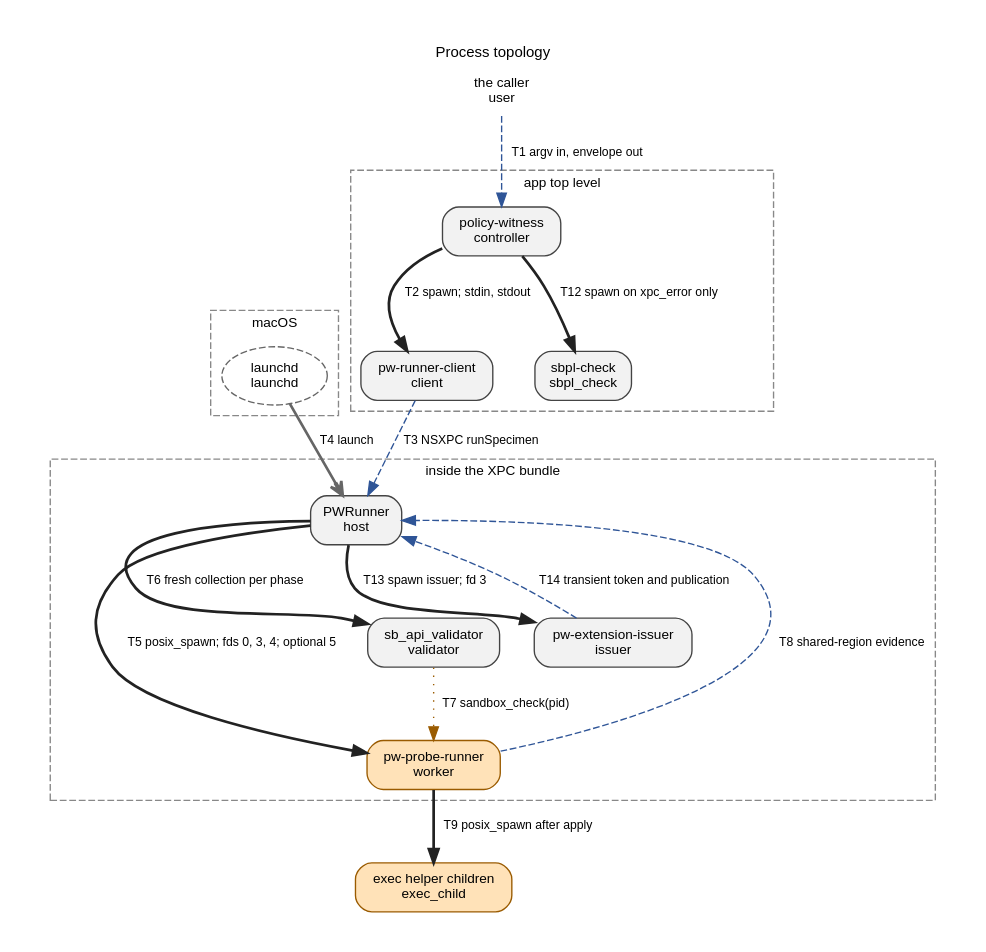
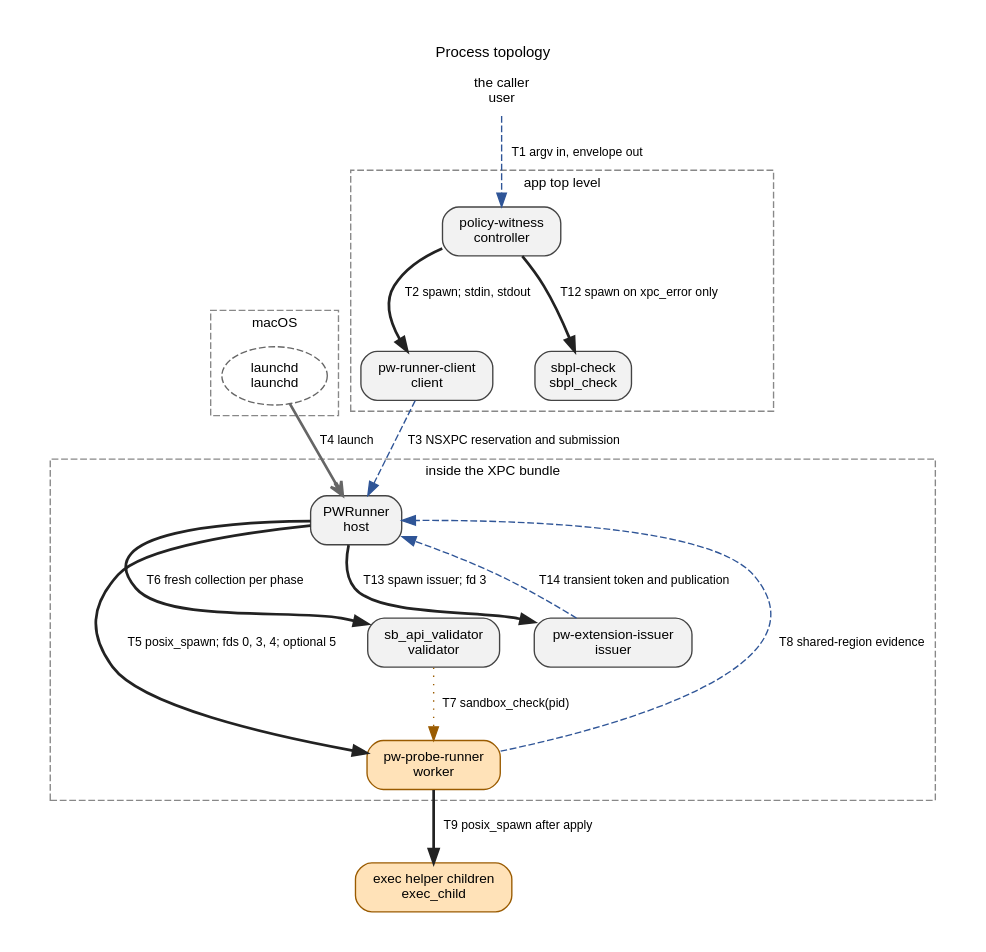
The diagram in docs/architecture-topology.dot (Protonk/PolicyWitness), drawn with Graphviz before and after one commit. The commit also changed 88 other files, not shown here.

Commit message:
Require reservation before specimen submission and preserve client transport evidence

```diff
--- a/docs/architecture-topology.dot
+++ b/docs/architecture-topology.dot
@@ -1,44 +1,44 @@
 digraph topology {
     graph [rankdir=TB, bgcolor="white", fontname="Helvetica", fontsize=11, label="Process topology", labelloc=t, pad=0.3, nodesep=0.35, ranksep=0.6];
     node [fontname="Helvetica", fontsize=10];
     edge [fontname="Helvetica", fontsize=9];
     subgraph cluster_app {
         label="app top level"; style=dashed; color="#888888"; fontsize=10;
         controller;
         client;
         sbpl_check;
     }
     subgraph cluster_xpc {
         label="inside the XPC bundle"; style=dashed; color="#888888"; fontsize=10;
         host;
         worker;
         validator;
         issuer;
     }
     subgraph cluster_os {
         label="macOS"; style=dashed; color="#888888"; fontsize=10;
         launchd;
     }
     user [shape="plaintext", label="the caller\nuser", URL="ARCHITECTURE.md#process-topology-nodes", tooltip="user: the caller | a shell or a harness; owns the request file and reads the envelope "];
     controller [shape="box", style="rounded,filled", fillcolor="#f2f2f2", color="#444444", label="policy-witness\ncontroller", URL="ARCHITECTURE.md#process-topology-nodes", tooltip="controller: policy-witness | Rust; app top level; the caller; no; none; one run "];
-    client [shape="box", style="rounded,filled", fillcolor="#f2f2f2", color="#444444", label="pw-runner-client\nclient", URL="ARCHITECTURE.md#process-topology-nodes", tooltip="client: pw-runner-client | Swift; app top level; the controller; no; none; one acquisition attempt; external pre-admission refusals can require another client within the same deadline "];
-    host [shape="box", style="rounded,filled", fillcolor="#f2f2f2", color="#444444", label="PWRunner\nhost", URL="ARCHITECTURE.md#process-topology-nodes", tooltip="host: PWRunner | Swift; inside the XPC bundle; launchd: XPC service lookup, or a Mach service for BYOXPC; no; none, by the invariance rule; one specimen; exits 50 milliseconds after replying All authorized connections share one terminal, locked request claim. Only its owner schedules host exit; connections racing retirement can still fail before refusal."];
+    client [shape="box", style="rounded,filled", fillcolor="#f2f2f2", color="#444444", label="pw-runner-client\nclient", URL="ARCHITECTURE.md#process-topology-nodes", tooltip="client: pw-runner-client | Swift; app top level; the controller; no; none; one helper per request; effect-free reservation attempts and the single execution invocation share one absolute deadline "];
+    host [shape="box", style="rounded,filled", fillcolor="#f2f2f2", color="#444444", label="PWRunner\nhost", URL="ARCHITECTURE.md#process-topology-nodes", tooltip="host: PWRunner | Swift; inside the XPC bundle; launchd: XPC service lookup, or a Mach service for BYOXPC; no; none, by the invariance rule; one reservation and at most one specimen; unused reservation expiry or abandonment retires the host All authorized connections share one locked reservation slot. Only the connection holding its grant can consume it, before specimen decoding. Stale expiry or disconnect cannot retire an executing owner; client loss after submission never permits replay."];
     worker [shape="box", style="rounded,filled", fillcolor="#ffe2b8", color="#9a5b00", label="pw-probe-runner\nworker", URL="ARCHITECTURE.md#process-topology-nodes", tooltip="worker: pw-probe-runner | C; inside the XPC bundle; the host; yes; applies the specimen policy to itself; sandbox_compile_string, params, sandbox_apply; sandbox_extension_consume and sandbox_extension_release; one specimen; one application and all ordered phases; terminal publication exits without host permission "];
     exec_child [shape="box", style="rounded,filled", fillcolor="#ffe2b8", color="#9a5b00", label="exec helper children\nexec_child", URL="ARCHITECTURE.md#process-topology-nodes", tooltip="exec_child: exec helper children | caller-supplied; the caller's path; the worker; inherit the worker's sandbox; none of PolicyWitness's; the worker bounds collection and leader reap; ordinary completion and worker death can leave same-group descendants alive; escaped descendants are not contained "];
     validator [shape="box", style="rounded,filled", fillcolor="#f2f2f2", color="#444444", label="sb_api_validator\nvalidator", URL="ARCHITECTURE.md#process-topology-nodes", tooltip="validator: sb_api_validator | C; inside the XPC bundle; the host at each eligible phase arrival; no; sandbox_check; one phase collection "];
-    sbpl_check [shape="box", style="rounded,filled", fillcolor="#f2f2f2", color="#444444", label="sbpl-check\nsbpl_check", URL="ARCHITECTURE.md#process-topology-nodes", tooltip="sbpl_check: sbpl-check | Rust; app top level; the controller, only for an admitted xpc_error reply; no; sandbox_compile_string and params; never applies; one compile "];
+    sbpl_check [shape="box", style="rounded,filled", fillcolor="#f2f2f2", color="#444444", label="sbpl-check\nsbpl_check", URL="ARCHITECTURE.md#process-topology-nodes", tooltip="sbpl_check: sbpl-check | Rust; app top level; the controller, only for an admitted client terminal xpc_error; no; sandbox_compile_string and params; never applies; one compile "];
     launchd [shape="ellipse", style="dashed", color="#666666", label="launchd\nlaunchd", URL="ARCHITECTURE.md#process-topology-nodes", tooltip="launchd: launchd | OS; system; no; none "];
     issuer [shape="box", style="rounded,filled", fillcolor="#f2f2f2", color="#444444", label="pw-extension-issuer\nissuer", URL="ARCHITECTURE.md#process-topology-nodes", tooltip="issuer: pw-extension-issuer | inside the XPC bundle; one declaration before worker creation; confirmed clean reap required for delivery; C; the host; outside the specimen policy; ordinary process authority; sandbox_extension_issue_file "];
     user -> controller [style="dashed", color="#2f5597", label="T1 argv in, envelope out", URL="ARCHITECTURE.md#process-topology-edges", tooltip="T1: argv in; one JSON envelope on stdout |  "];
-    controller -> client [style="bold", color="#222222", label="T2 spawn; stdin, stdout", URL="ARCHITECTURE.md#process-topology-edges", tooltip="T2: spawn; held request on stdin, read to EOF; reply on stdout |  "];
-    client -> host [style="dashed", color="#2f5597", label="T3 NSXPC runSpecimen", URL="ARCHITECTURE.md#process-topology-edges", tooltip="T3: NSXPC runSpecimen(Data) and its reply |  "];
+    controller -> client [style="bold", color="#222222", label="T2 spawn; stdin, stdout", URL="ARCHITECTURE.md#process-topology-edges", tooltip="T2: spawn once; held request on stdin, read to EOF; versioned client capture on stdout |  "];
+    client -> host [style="dashed", color="#2f5597", label="T3 NSXPC reservation and submission", URL="ARCHITECTURE.md#process-topology-edges", tooltip="T3: effect-free NSXPC reservation, then one runReservedSpecimen call and its reply |  "];
     launchd -> host [style="bold", color="#666666", arrowhead="vee", label="T4 launch", URL="ARCHITECTURE.md#process-topology-edges", tooltip="T4: start on XPC lookup, or as a Mach service (BYOXPC) |  "];
     host -> worker [style="bold", color="#222222", label="T5 posix_spawn; fds 0, 3, 4; optional 5", URL="ARCHITECTURE.md#process-topology-edges", tooltip="T5: posix_spawn; fd 0 policy pipe, fd 3 shared region, fd 4 ready pipe; optional fd 5 transient token channel |  Policy delivery uses nonblocking writes under one absolute monotonic deadline (the worker_policy_transfer limit) beginning after spawn. Expiry closes input and enters cleanup before readiness or sentinel polling. The pipe carries no framing: the host writes the submission's byte count into the shared header before spawn, and the worker at EOF publishes the count it read and refuses a different length before compiling."];
     host -> validator [style="bold", color="#222222", label="T6 fresh collection per phase", URL="ARCHITECTURE.md#process-topology-edges", tooltip="T6: fresh posix_spawn --batch <pid> per eligible phase; bundle-local default or explicit override; bounded NDJSON |  "];
     validator -> worker [style="dotted", color="#9a5b00", label="T7 sandbox_check(pid)", URL="ARCHITECTURE.md#process-topology-edges", tooltip="T7: sandbox_check against the worker PID, with SANDBOX_CHECK_NO_REPORT |  "];
     worker -> host [style="dashed", color="#2f5597", label="T8 shared-region evidence", URL="ARCHITECTURE.md#process-topology-edges", tooltip="T8: immutable phase arrivals, acknowledgements and completions; numbered releases before actions; separate native call markers/results and fresh-read syscall observations |  "];
     worker -> exec_child [style="bold", color="#222222", label="T9 posix_spawn after apply", URL="ARCHITECTURE.md#process-topology-edges", tooltip="T9: posix_spawn after apply; stdout and stderr pipes into bounded slot buffers |  "];
-    controller -> sbpl_check [style="bold", color="#222222", label="T12 spawn on xpc_error only", URL="ARCHITECTURE.md#process-topology-edges", tooltip="T12: spawn only for an admitted xpc_error reply; held request in; helper envelope out |  "];
+    controller -> sbpl_check [style="bold", color="#222222", label="T12 spawn on xpc_error only", URL="ARCHITECTURE.md#process-topology-edges", tooltip="T12: spawn only for an admitted client terminal xpc_error; held request in; helper envelope out |  "];
     host -> issuer [style="bold", color="#222222", label="T13 spawn issuer; fd 3", URL="ARCHITECTURE.md#process-topology-edges", tooltip="T13: fresh ordinary-authority issuer; fd 3 token mapping, stdio /dev/null, empty environment |  Issuer wait 5,000 milliseconds; cleanup may overrun. Missing capability refuses extension specimens."];
     issuer -> host [style="dashed", color="#2f5597", label="T14 transient token and publication", URL="ARCHITECTURE.md#process-topology-edges", tooltip="T14: native issuance publication and bounded transient token bytes; host owns cleanup and delivery eligibility |  Token storage 16,384 bytes; raw bytes never enter reply fields."];
 }
```
